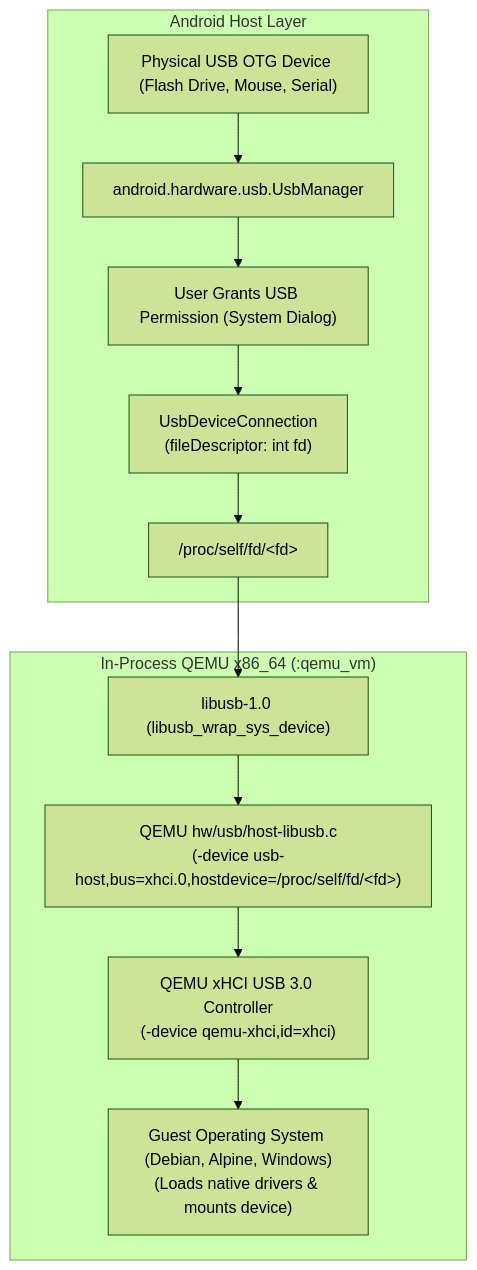
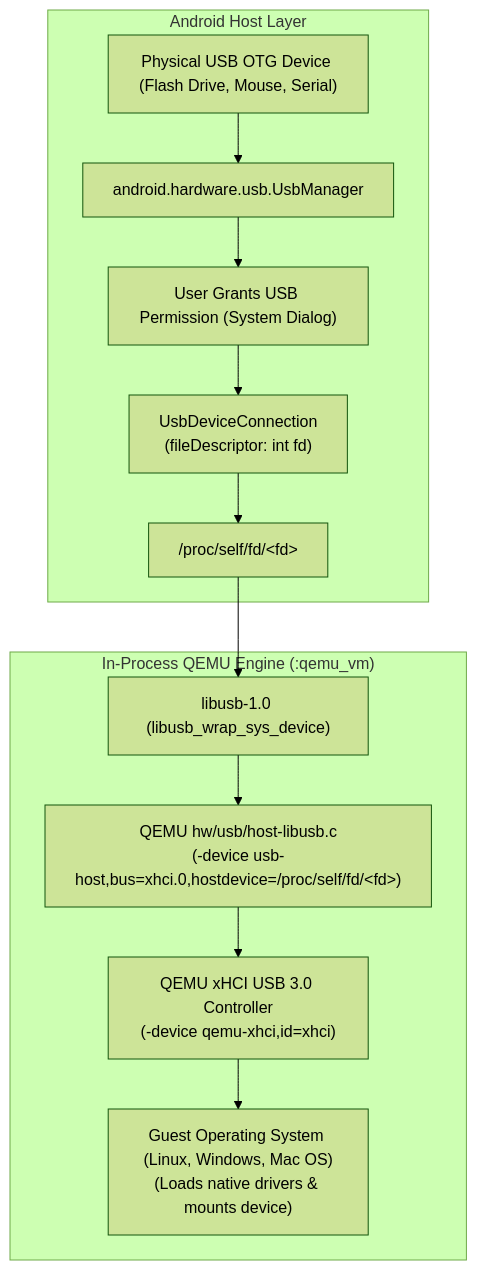
The first of 3 diagrams in README.md (kaikunxp/QemuSDL), drawn with Mermaid (forest theme) before and after one commit. The commit also changed other lines of this file and 35 other files, not shown here.

````diff
--- a/README.md
+++ b/README.md
@@ -68,26 +95,26 @@
 ```mermaid
 flowchart TD
     subgraph Host["Android Host Layer"]
         OTG["Physical USB OTG Device (Flash Drive, Mouse, Serial)"]
         UM["android.hardware.usb.UsbManager"]
         Perm["User Grants USB Permission (System Dialog)"]
         Conn["UsbDeviceConnection\n(fileDescriptor: int fd)"]
         Proc["/proc/self/fd/&lt;fd&gt;"]
     end
 
-    subgraph Guest["In-Process QEMU x86_64 (:qemu_vm)"]
+    subgraph Guest["In-Process QEMU Engine (:qemu_vm)"]
         Libusb["libusb-1.0 (libusb_wrap_sys_device)"]
         QemuHost["QEMU hw/usb/host-libusb.c\n(-device usb-host,bus=xhci.0,hostdevice=/proc/self/fd/&lt;fd&gt;)"]
         Xhci["QEMU xHCI USB 3.0 Controller\n(-device qemu-xhci,id=xhci)"]
-        GuestOS["Guest Operating System (Debian, Alpine, Windows)\n(Loads native drivers & mounts device)"]
+        GuestOS["Guest Operating System (Linux, Windows, Mac OS)\n(Loads native drivers & mounts device)"]
     end
 
     OTG --> UM
     UM --> Perm
     Perm --> Conn
     Conn --> Proc
     Proc --> Libusb
     Libusb --> QemuHost
     QemuHost --> Xhci
     Xhci --> GuestOS
 ```
````
